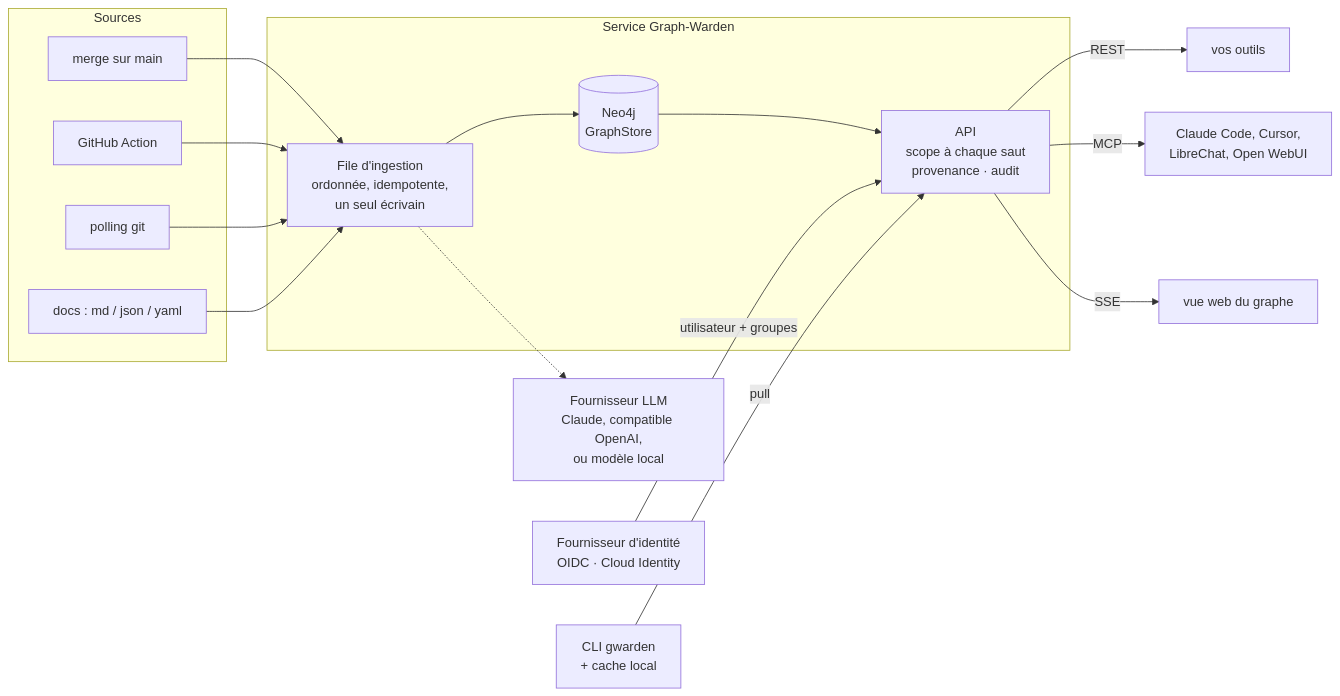
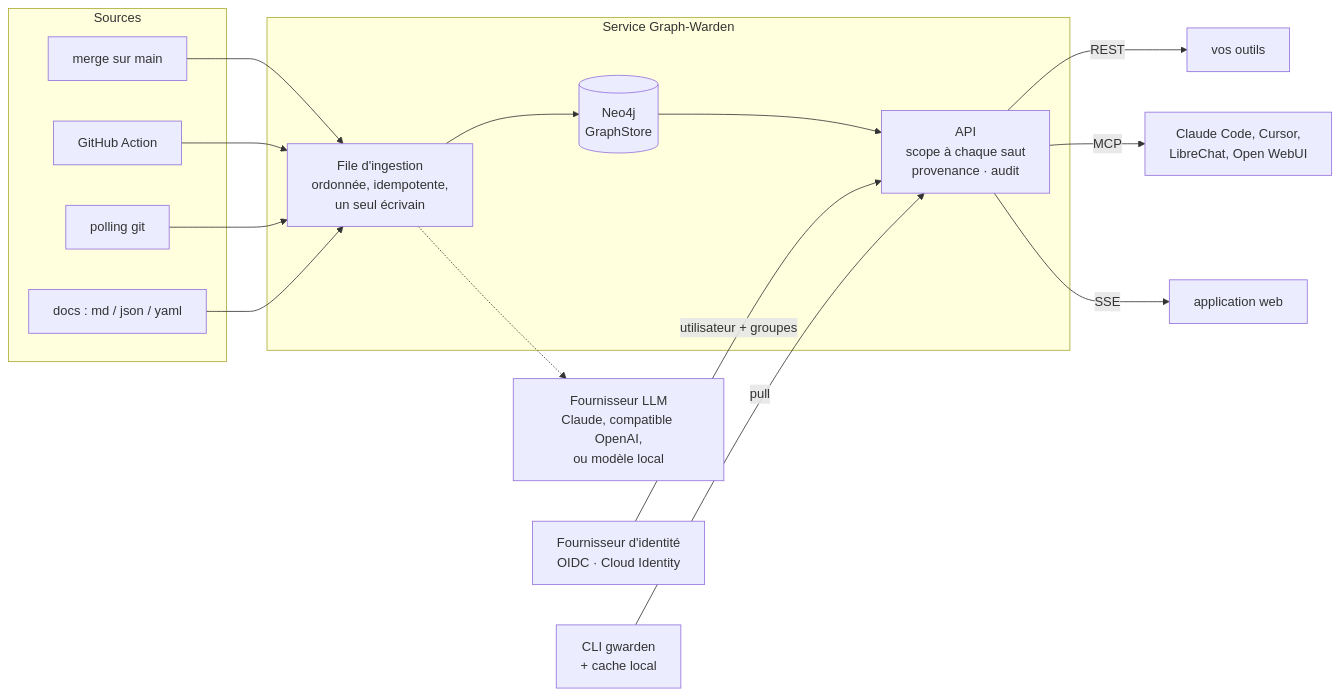
The third of 8 diagrams in README.fr.md (Graph-Warden/graph-warden), drawn with Mermaid before and after one commit. The commit also changed other lines of this file and 60 other files, not shown here.

````diff
--- a/README.fr.md
+++ b/README.fr.md
@@ -209,29 +225,29 @@
 ```mermaid
 flowchart LR
     subgraph Sources
         S1[merge sur main]
         S2[GitHub Action]
         S3[polling git]
         S4[docs : md / json / yaml]
     end
 
     subgraph Service["Service Graph-Warden"]
         Q["File d'ingestion<br/>ordonnée, idempotente,<br/>un seul écrivain"]
         G[("Neo4j<br/>GraphStore")]
         API["API<br/>scope à chaque saut<br/>provenance · audit"]
         Q --> G
         G --> API
     end
 
     IdP["Fournisseur d'identité<br/>OIDC · Cloud Identity"]
     LLM["Fournisseur LLM<br/>Claude, compatible OpenAI,<br/>ou modèle local"]
 
     S1 & S2 & S3 & S4 --> Q
     Q -.-> LLM
     IdP -- "utilisateur + groupes" --> API
 
     API -- REST --> C1[vos outils]
     API -- MCP --> C2["Claude Code, Cursor,<br/>LibreChat, Open WebUI"]
-    API -- SSE --> C3[vue web du graphe]
+    API -- SSE --> C3[application web]
     C4["CLI gwarden<br/>+ cache local"] -- pull --> API
 ```
````
